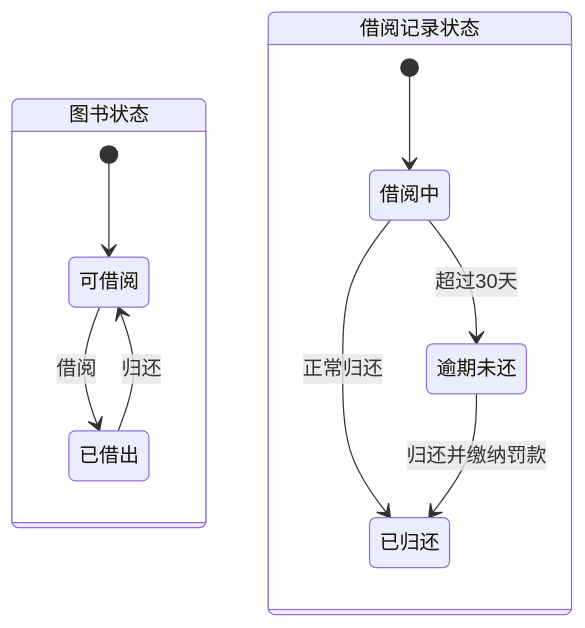
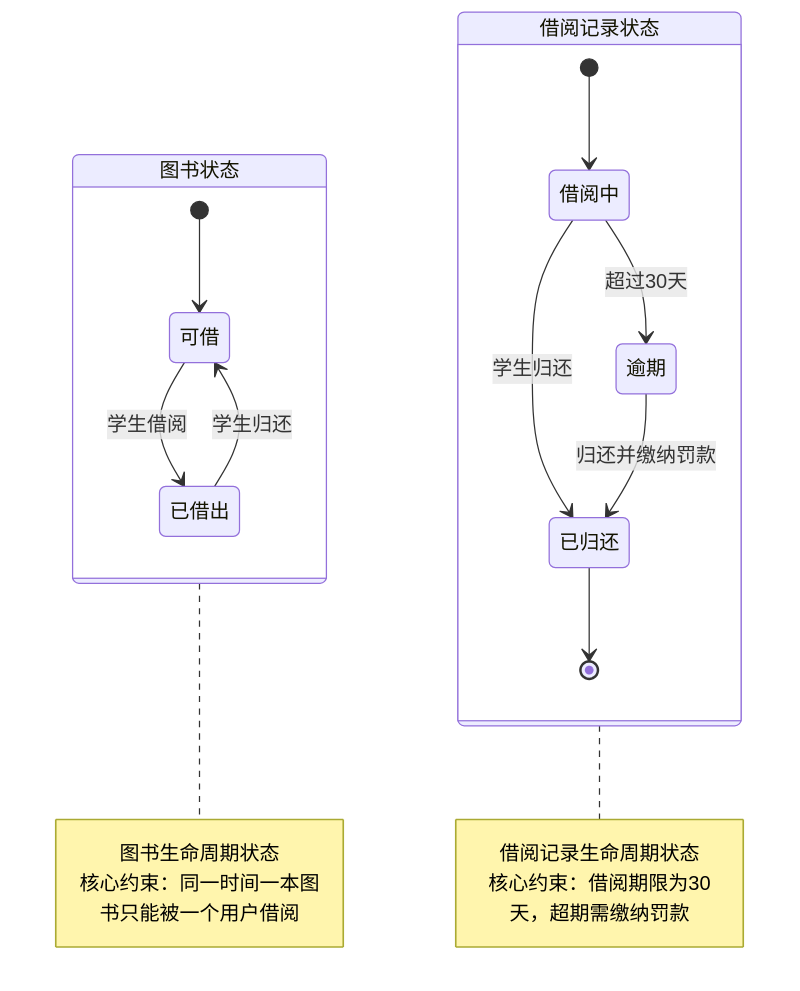
One commit to YxY09/ReqDesign-Agent changed the diagram in benchmark/results/case1_library/state_diagram.mmd. Above: the diagram before and after it, drawn with Mermaid. The commit also changed 65 other files, not shown here.

```diff
--- a/benchmark/results/case1_library/state_diagram.mmd
+++ b/benchmark/results/case1_library/state_diagram.mmd
@@ -1,13 +1,26 @@
 stateDiagram-v2
+    %% 图书实体状态
     state "图书状态" as BookState {
-        [*] --> 可借阅
-        可借阅 --> 已借出 : 借阅
-        已借出 --> 可借阅 : 归还
+        [*] --> 可借
+        可借 --> 已借出 : 学生借阅
+        已借出 --> 可借 : 学生归还
     }
 
+    %% 借阅记录实体状态
     state "借阅记录状态" as BorrowRecordState {
         [*] --> 借阅中
-        借阅中 --> 已归还 : 正常归还
-        借阅中 --> 逾期未还 : 超过30天
-        逾期未还 --> 已归还 : 归还并缴纳罚款
+        借阅中 --> 已归还 : 学生归还
+        借阅中 --> 逾期 : 超过30天
+        逾期 --> 已归还 : 归还并缴纳罚款
+        已归还 --> [*]
     }
+
+    note right of BookState
+        图书生命周期状态
+        核心约束：同一时间一本图书只能被一个用户借阅
+    end note
+
+    note right of BorrowRecordState
+        借阅记录生命周期状态
+        核心约束：借阅期限为30天，超期需缴纳罚款
+    end note
```
